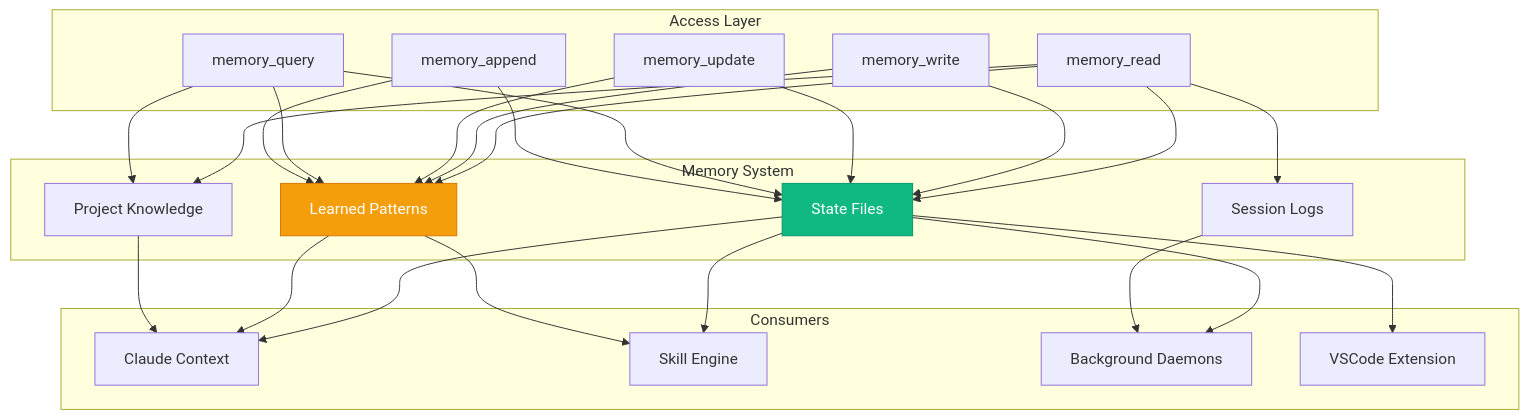
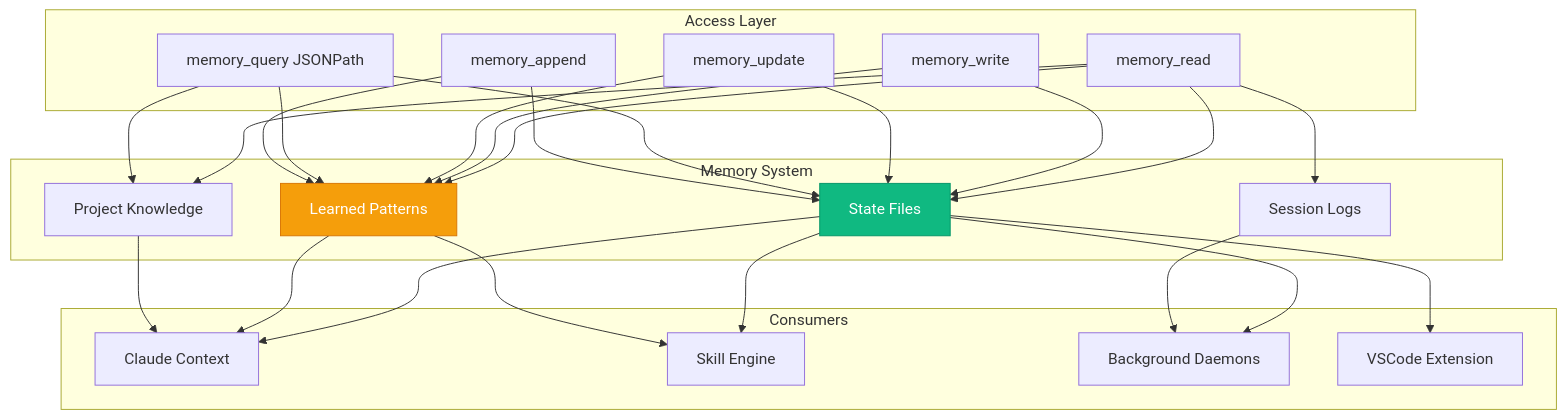
The second of 6 diagrams in docs/architecture/memory-system.md (dmzoneill/redhat-ai-workflow), drawn with Mermaid before and after one commit. The commit also changed other lines of this file and 595 other files, not shown here.

````diff
--- a/docs/architecture/memory-system.md
+++ b/docs/architecture/memory-system.md
@@ -7,38 +115,38 @@
 ```mermaid
 graph TB
     subgraph Memory["Memory System"]
         STATE[State Files]
         LEARNED[Learned Patterns]
         KNOWLEDGE[Project Knowledge]
         SESSIONS[Session Logs]
     end
 
     subgraph Access["Access Layer"]
         READ[memory_read]
         WRITE[memory_write]
         UPDATE[memory_update]
-        QUERY[memory_query]
+        QUERY_LEGACY[memory_query JSONPath]
         APPEND[memory_append]
     end
 
     subgraph Consumers["Consumers"]
         CLAUDE[Claude Context]
         SKILLS[Skill Engine]
         DAEMONS[Background Daemons]
         EXTENSION[VSCode Extension]
     end
 
     READ --> STATE & LEARNED & KNOWLEDGE & SESSIONS
     WRITE --> STATE & LEARNED
     UPDATE --> STATE & LEARNED
-    QUERY --> STATE & LEARNED & KNOWLEDGE
+    QUERY_LEGACY --> STATE & LEARNED & KNOWLEDGE
     APPEND --> STATE & LEARNED
 
     STATE --> CLAUDE & SKILLS & DAEMONS & EXTENSION
     LEARNED --> CLAUDE & SKILLS
     KNOWLEDGE --> CLAUDE
     SESSIONS --> DAEMONS
 
     style STATE fill:#10b981,stroke:#059669,color:#fff
     style LEARNED fill:#f59e0b,stroke:#d97706,color:#fff
 ```
````
